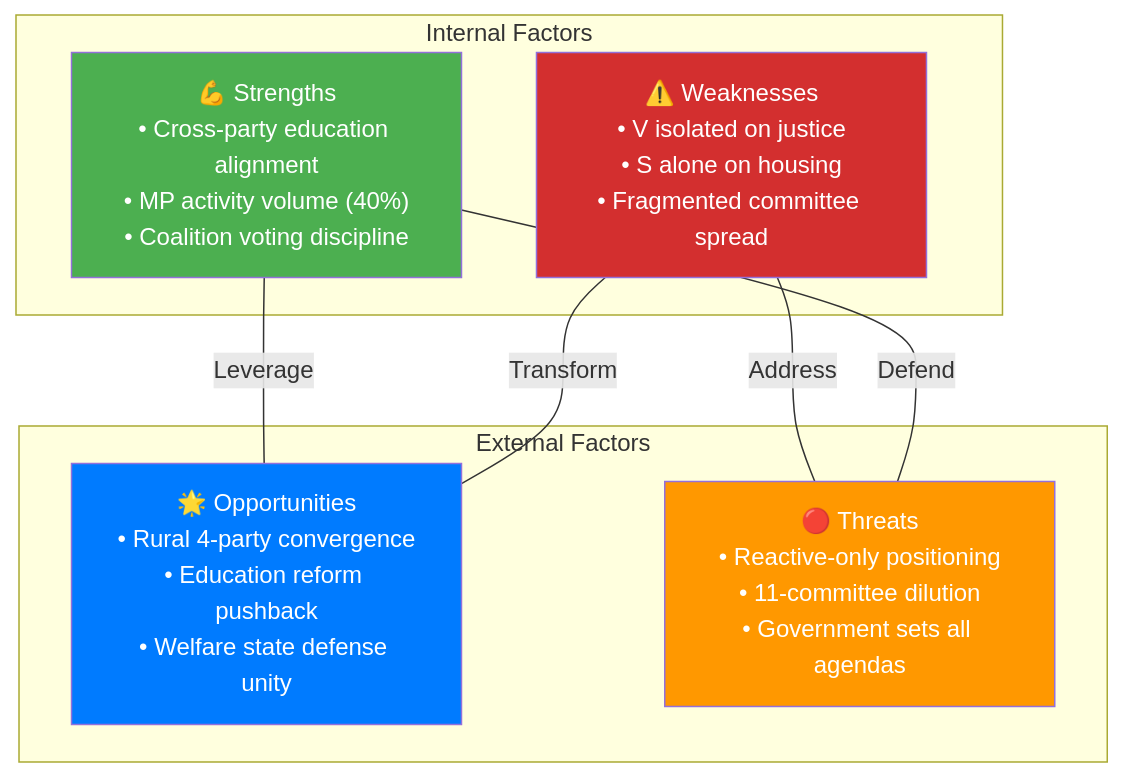
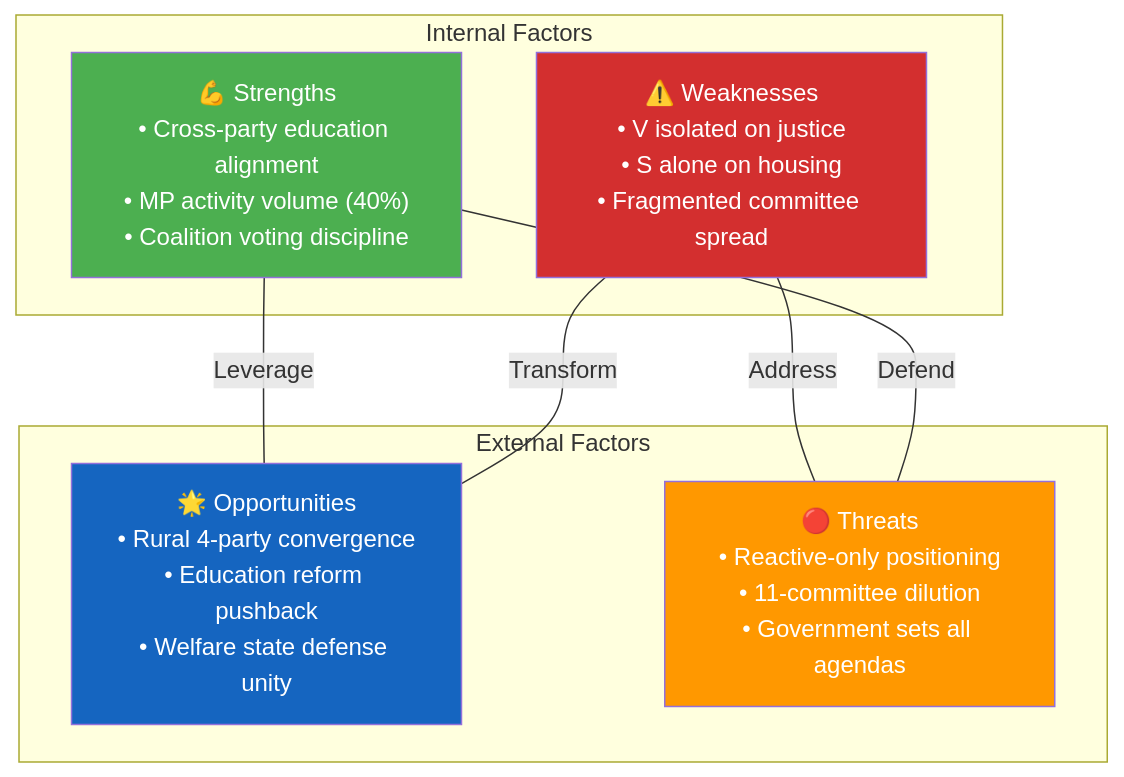
The second of 2 diagrams in analysis/daily/2026-04-03/motions/swot-analysis.md (Hack23/riksdagsmonitor), drawn with Mermaid before and after one commit. The commit also changed 121 other files, not shown here.

````diff
--- a/analysis/daily/2026-04-03/motions/swot-analysis.md
+++ b/analysis/daily/2026-04-03/motions/swot-analysis.md
@@ -119,19 +119,19 @@
 ```mermaid
 flowchart TB
     subgraph Internal["Internal Factors"]
         S["💪 Strengths<br/>• Cross-party education alignment<br/>• MP activity volume (40%)<br/>• Coalition voting discipline"]
         W["⚠️ Weaknesses<br/>• V isolated on justice<br/>• S alone on housing<br/>• Fragmented committee spread"]
     end
     subgraph External["External Factors"]
         O["🌟 Opportunities<br/>• Rural 4-party convergence<br/>• Education reform pushback<br/>• Welfare state defense unity"]
         T["🔴 Threats<br/>• Reactive-only positioning<br/>• 11-committee dilution<br/>• Government sets all agendas"]
     end
     S ---|"Leverage"| O
     W ---|"Address"| T
     S ---|"Defend"| T
     W ---|"Transform"| O
     style S fill:#4CAF50,color:#FFFFFF
     style W fill:#D32F2F,color:#FFFFFF
-    style O fill:#007bff,color:#FFFFFF
+    style O fill:#1565C0,color:#FFFFFF
     style T fill:#FF9800,color:#FFFFFF
 ```
````
